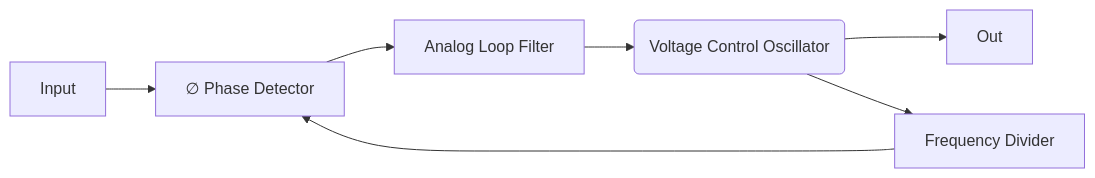
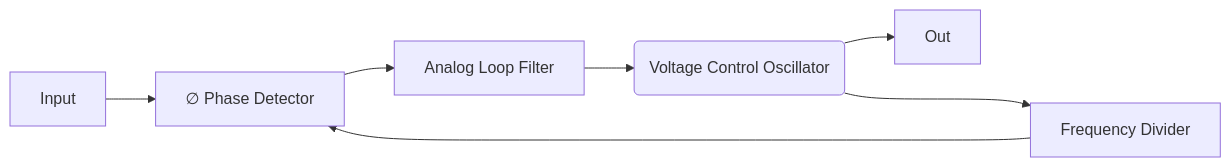
One commit to pr33tpatel/Obsidian_Vault changed the diagram in CSE 510 Computer Design/CSE 510 Computer Design - 1.2 Digital Circuit Design.md. Above: the diagram before and after it, drawn with Mermaid. The commit also changed other lines of this file and 7 other files, not shown here.

Commit message:
added 1.2c IC design flow

````diff
--- a/CSE 510 Computer Design/CSE 510 Computer Design - 1.2 Digital Circuit Design.md
+++ b/CSE 510 Computer Design/CSE 510 Computer Design - 1.2 Digital Circuit Design.md
@@ -81,9 +83,9 @@
 ```mermaid.js
 graph LR;
     idInput[Input] --> idPhase[∅ Phase Detector]
     idPhase --> idFilter[Analog Loop Filter]
     idFilter --> idVoltage(Voltage Control Oscillator)
     idVoltage --> idOut[Out]
-    idVoltage --> idFreq[Frequency Divider]
+    idVoltage o--> idFreq[Frequency Divider]
     idFreq --> idPhase
 ```
````
